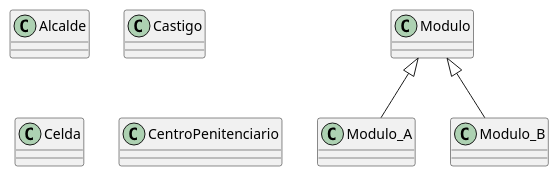
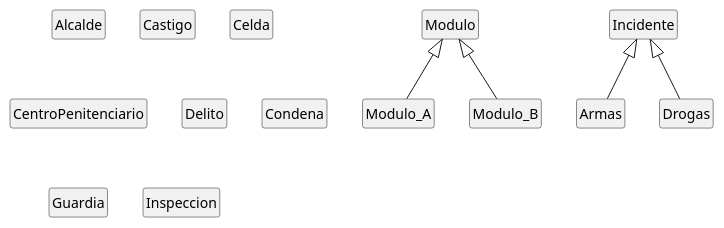
Before and after one commit to jjrp1/PDS: the diagram in p2-b1.puml, drawn with PlantUML.

```diff
--- a/p2-b1.puml
+++ b/p2-b1.puml
@@ -1,10 +1,23 @@
 @startuml
+hide empty fields 
+hide empty attributes 
+hide empty methods
+hide empty members
+hide circle
+
 class Alcalde
 class Castigo
 class Celda
 class CentroPenitenciario
 class Modulo
 class Modulo_A extends Modulo
 class Modulo_B extends Modulo
+class Delito
+class Condena
+class Guardia
+class Inspeccion
+class Incidente
+class Armas extends Incidente
+class Drogas extends Incidente
 
 @enduml
```
